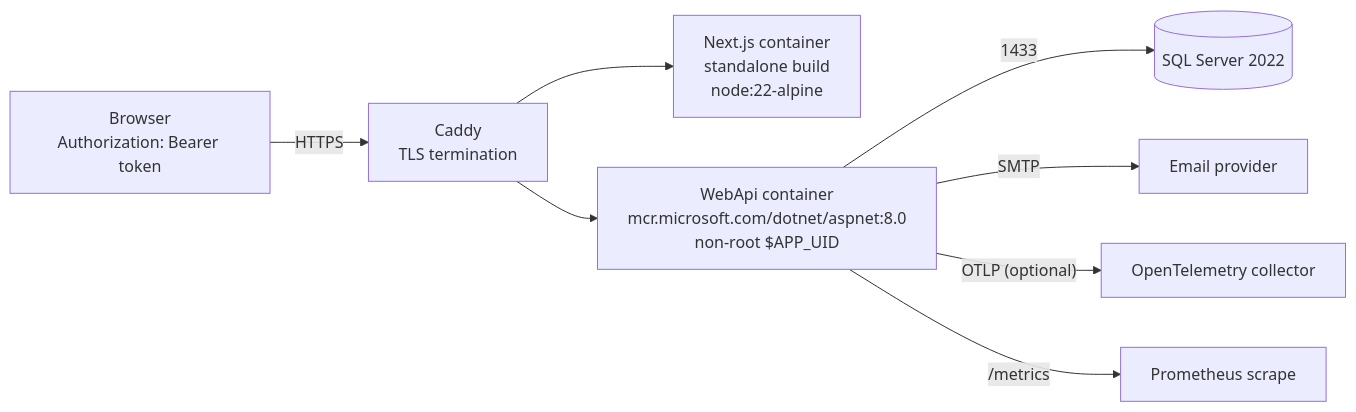
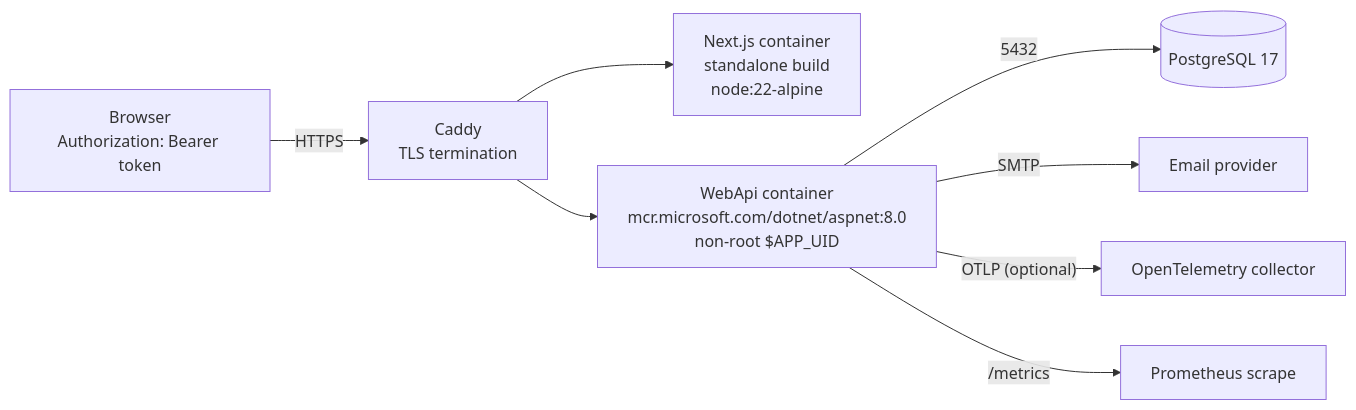
One commit to YusufYiildiiriim/HelpCenter-Public changed the fourth of 4 diagrams in docs/architecture.md. Above: the diagram before and after it, drawn with Mermaid. The commit also changed other lines of this file and 21 other files, not shown here.

Commit message:
docs(db): document PostgreSQL runtime decision

````diff
--- a/docs/architecture.md
+++ b/docs/architecture.md
@@ -205,10 +205,10 @@
 ```mermaid
 graph LR
     U["Browser<br/>Authorization: Bearer token"] -- HTTPS --> RP[Caddy<br/>TLS termination]
     RP --> UI[Next.js container<br/>standalone build<br/>node:22-alpine]
     RP --> API[WebApi container<br/>mcr.microsoft.com/dotnet/aspnet:8.0<br/>non-root $APP_UID]
-    API -- 1433 --> DB[(SQL Server 2022)]
+    API -- 5432 --> DB[(PostgreSQL 17)]
     API -- SMTP --> MAIL[Email provider]
     API -- OTLP (optional) --> OTEL[OpenTelemetry collector]
     API -- "/metrics" --> PROM[Prometheus scrape]
 ```
````
